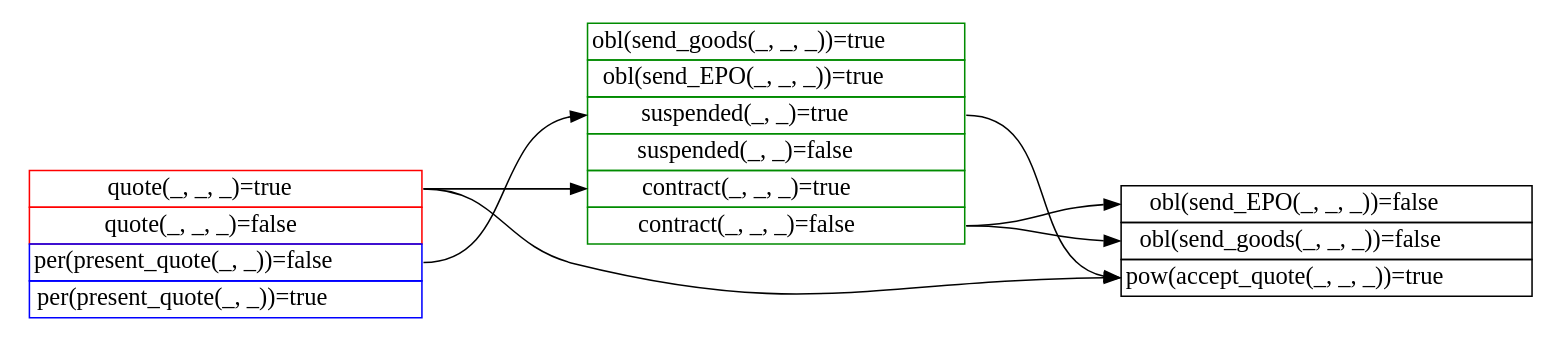
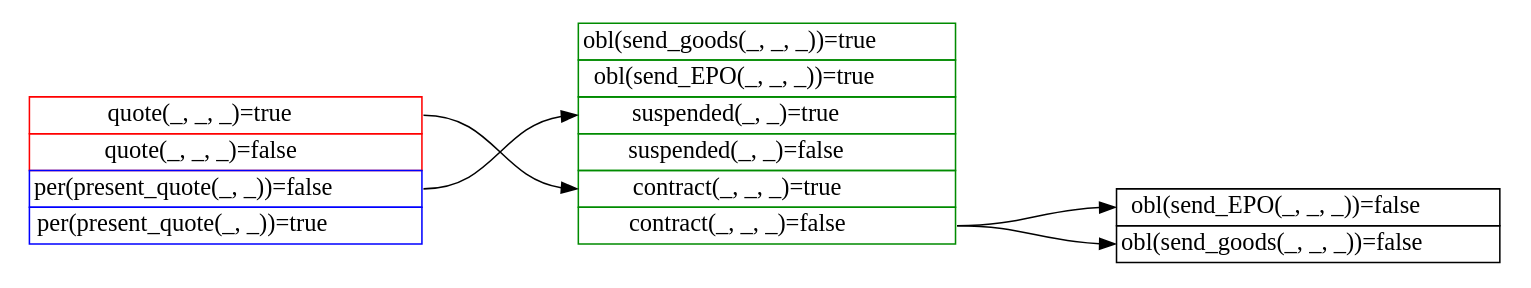
Before and after one commit to Periklismant/rtec_experiments: the diagram in systems/rtecnaive/examples/netbillnop/resources/graphs/dependency_graph.dot, drawn with Graphviz. The commit also changed 398 other files, not shown here.

```diff
--- a/systems/rtecnaive/examples/netbillnop/resources/graphs/dependency_graph.dot
+++ b/systems/rtecnaive/examples/netbillnop/resources/graphs/dependency_graph.dot
@@ -1,39 +1,36 @@
 digraph
 {
 	node [shape=record, style=filled, fillcolor=white, fontsize=16.0];
 	rankdir=LR;
 	ranksep="1.2 equally"
 
 	1 [shape=none label=<<table border="0" cellspacing="0">
 		<tr><td port="quote(_, _, _)=true" border="1" color="red">quote(_, _, _)=true</td></tr>
 		<tr><td port="quote(_, _, _)=false" border="1" color="red">quote(_, _, _)=false</td></tr>
 		<tr><td port="per(present_quote(_, _))=false" border="1" color="blue">per(present_quote(_, _))=false</td></tr>
 		<tr><td port="per(present_quote(_, _))=true" border="1" color="blue">per(present_quote(_, _))=true</td></tr>
 	</table>>
 	]
 
 	2 [shape=none label=<<table border="0" cellspacing="0">
 		<tr><td port="obl(send_goods(_, _, _))=true" border="1" color="green4">obl(send_goods(_, _, _))=true</td></tr>
 		<tr><td port="obl(send_EPO(_, _, _))=true" border="1" color="green4">obl(send_EPO(_, _, _))=true</td></tr>
 		<tr><td port="suspended(_, _)=true" border="1" color="green4">suspended(_, _)=true</td></tr>
 		<tr><td port="suspended(_, _)=false" border="1" color="green4">suspended(_, _)=false</td></tr>
 		<tr><td port="contract(_, _, _)=true" border="1" color="green4">contract(_, _, _)=true</td></tr>
 		<tr><td port="contract(_, _, _)=false" border="1" color="green4">contract(_, _, _)=false</td></tr>
 	</table>>
 	]
 
 	3 [shape=none label=<<table border="0" cellspacing="0">
 		<tr><td port="obl(send_EPO(_, _, _))=false" border="1" color="black">obl(send_EPO(_, _, _))=false</td></tr>
 		<tr><td port="obl(send_goods(_, _, _))=false" border="1" color="black">obl(send_goods(_, _, _))=false</td></tr>
-		<tr><td port="pow(accept_quote(_, _, _))=true" border="1" color="black">pow(accept_quote(_, _, _))=true</td></tr>
 	</table>>
 	]
 
 
 	1:"quote(_, _, _)=true" -> 2:"contract(_, _, _)=true"
 	2:"contract(_, _, _)=false" -> 3:"obl(send_EPO(_, _, _))=false"
 	2:"contract(_, _, _)=false" -> 3:"obl(send_goods(_, _, _))=false"
 	1:"per(present_quote(_, _))=false" -> 2:"suspended(_, _)=true"
-	1:"quote(_, _, _)=true" -> 3:"pow(accept_quote(_, _, _))=true"
-	2:"suspended(_, _)=true" -> 3:"pow(accept_quote(_, _, _))=true"
 }
```
